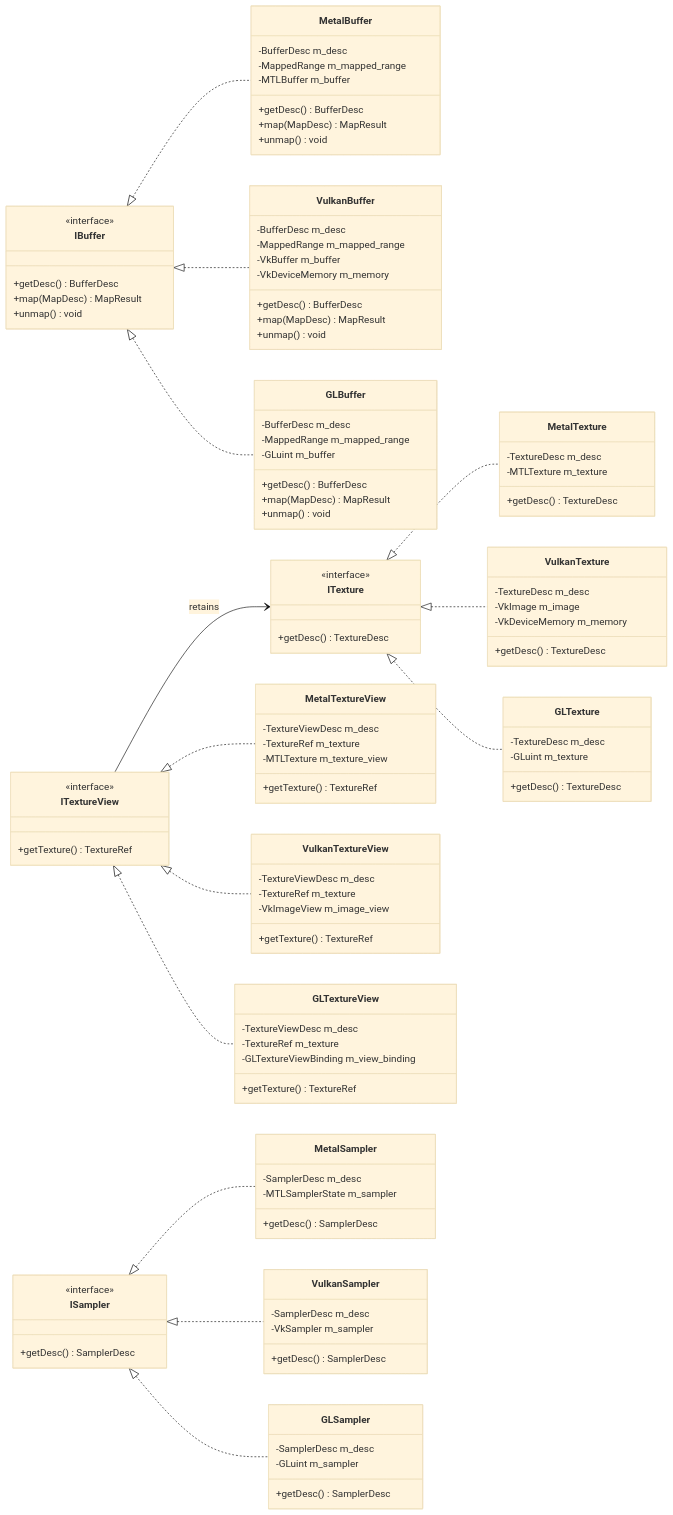
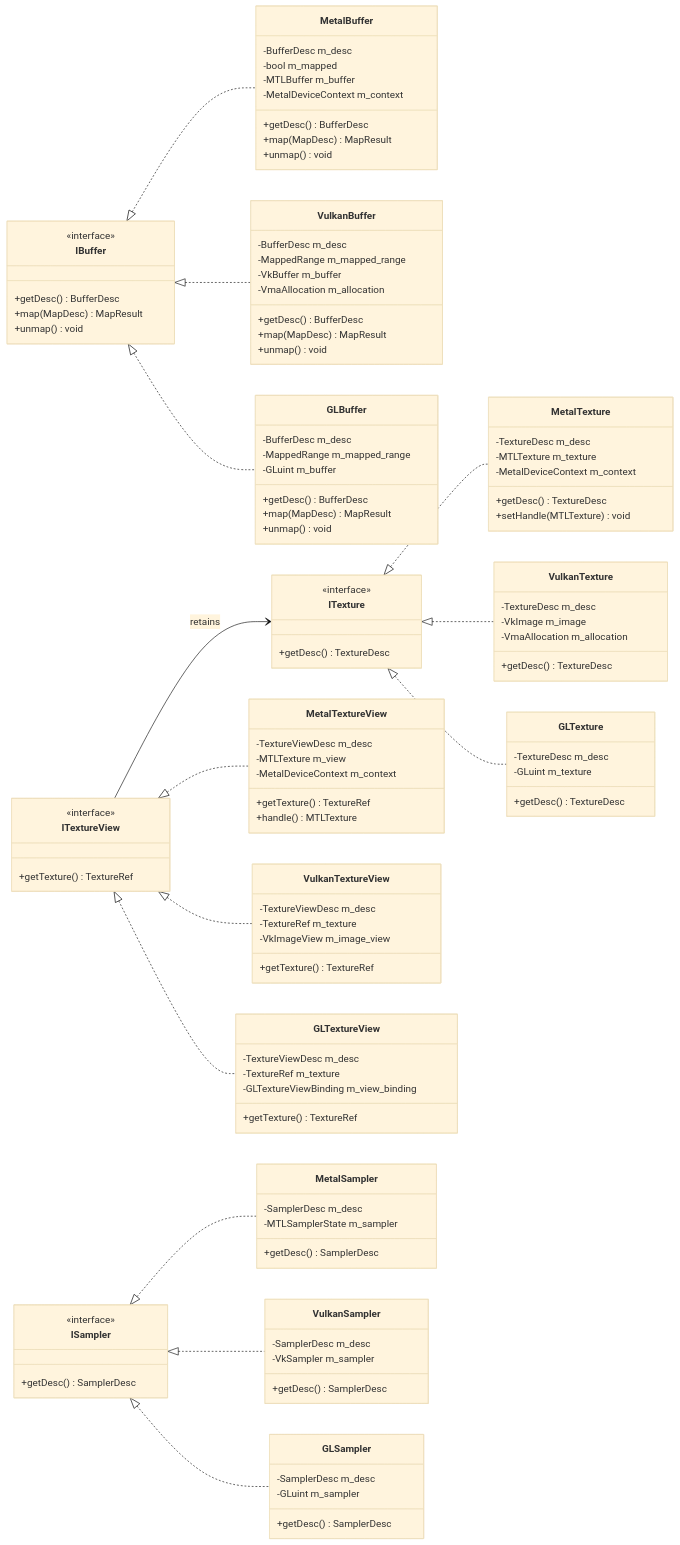
Before and after one commit to oyanymous/mango: the diagram in docs/diagrams/RHI_RESOURCES.mmd, drawn with Mermaid (base theme). The commit also changed 164 other files, not shown here.

```diff
--- a/docs/diagrams/RHI_RESOURCES.mmd
+++ b/docs/diagrams/RHI_RESOURCES.mmd
@@ -1,111 +1,115 @@
 classDiagram
     direction LR
     %% Proposed design, not source-verified. Native type names are conceptual.
     %% Interfaces declare behavior; concrete backend classes hold implementation state.
     %% Buffers, textures, views and samplers
     %% External references mirror the public APIs in their owning RHI files.
     class IBuffer {
         <<interface>>
         +getDesc() BufferDesc
         +map(MapDesc) MapResult
         +unmap() void
     }
     class MetalBuffer {
         -BufferDesc m_desc
-        -MappedRange m_mapped_range
+        -bool m_mapped
         -MTLBuffer m_buffer
+        -MetalDeviceContext m_context
         +getDesc() BufferDesc
         +map(MapDesc) MapResult
         +unmap() void
     }
     class VulkanBuffer {
         -BufferDesc m_desc
         -MappedRange m_mapped_range
         -VkBuffer m_buffer
-        -VkDeviceMemory m_memory
+        -VmaAllocation m_allocation
         +getDesc() BufferDesc
         +map(MapDesc) MapResult
         +unmap() void
     }
     class GLBuffer {
         -BufferDesc m_desc
         -MappedRange m_mapped_range
         -GLuint m_buffer
         +getDesc() BufferDesc
         +map(MapDesc) MapResult
         +unmap() void
     }
     class ITexture {
         <<interface>>
         +getDesc() TextureDesc
     }
     class MetalTexture {
         -TextureDesc m_desc
         -MTLTexture m_texture
+        -MetalDeviceContext m_context
         +getDesc() TextureDesc
+        +setHandle(MTLTexture) void
     }
     class VulkanTexture {
         -TextureDesc m_desc
         -VkImage m_image
-        -VkDeviceMemory m_memory
+        -VmaAllocation m_allocation
         +getDesc() TextureDesc
     }
     class GLTexture {
         -TextureDesc m_desc
         -GLuint m_texture
         +getDesc() TextureDesc
     }
     class ITextureView {
         <<interface>>
         +getTexture() TextureRef
     }
     class MetalTextureView {
         -TextureViewDesc m_desc
-        -TextureRef m_texture
-        -MTLTexture m_texture_view
+        -MTLTexture m_view
+        -MetalDeviceContext m_context
         +getTexture() TextureRef
+        +handle() MTLTexture
     }
     class VulkanTextureView {
         -TextureViewDesc m_desc
         -TextureRef m_texture
         -VkImageView m_image_view
         +getTexture() TextureRef
     }
     class GLTextureView {
         -TextureViewDesc m_desc
         -TextureRef m_texture
         -GLTextureViewBinding m_view_binding
         +getTexture() TextureRef
     }
     class ISampler {
         <<interface>>
         +getDesc() SamplerDesc
     }
     class MetalSampler {
         -SamplerDesc m_desc
         -MTLSamplerState m_sampler
         +getDesc() SamplerDesc
     }
     class VulkanSampler {
         -SamplerDesc m_desc
         -VkSampler m_sampler
         +getDesc() SamplerDesc
     }
     class GLSampler {
         -SamplerDesc m_desc
         -GLuint m_sampler
         +getDesc() SamplerDesc
     }
     IBuffer <|.. MetalBuffer
     IBuffer <|.. VulkanBuffer
     IBuffer <|.. GLBuffer
     ITexture <|.. MetalTexture
     ITexture <|.. VulkanTexture
     ITexture <|.. GLTexture
     ITextureView <|.. MetalTextureView
     ITextureView <|.. VulkanTextureView
     ITextureView <|.. GLTextureView
     ISampler <|.. MetalSampler
     ISampler <|.. VulkanSampler
     ISampler <|.. GLSampler
     ITextureView --> ITexture : retains
```
